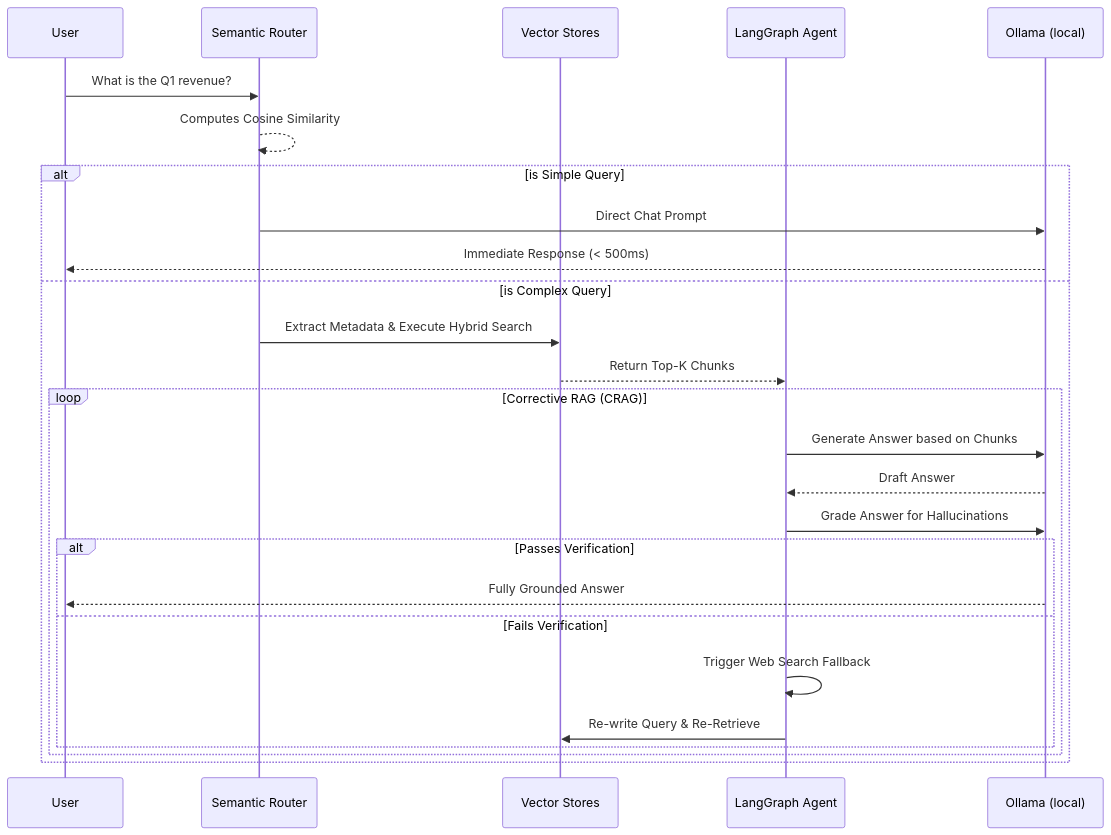
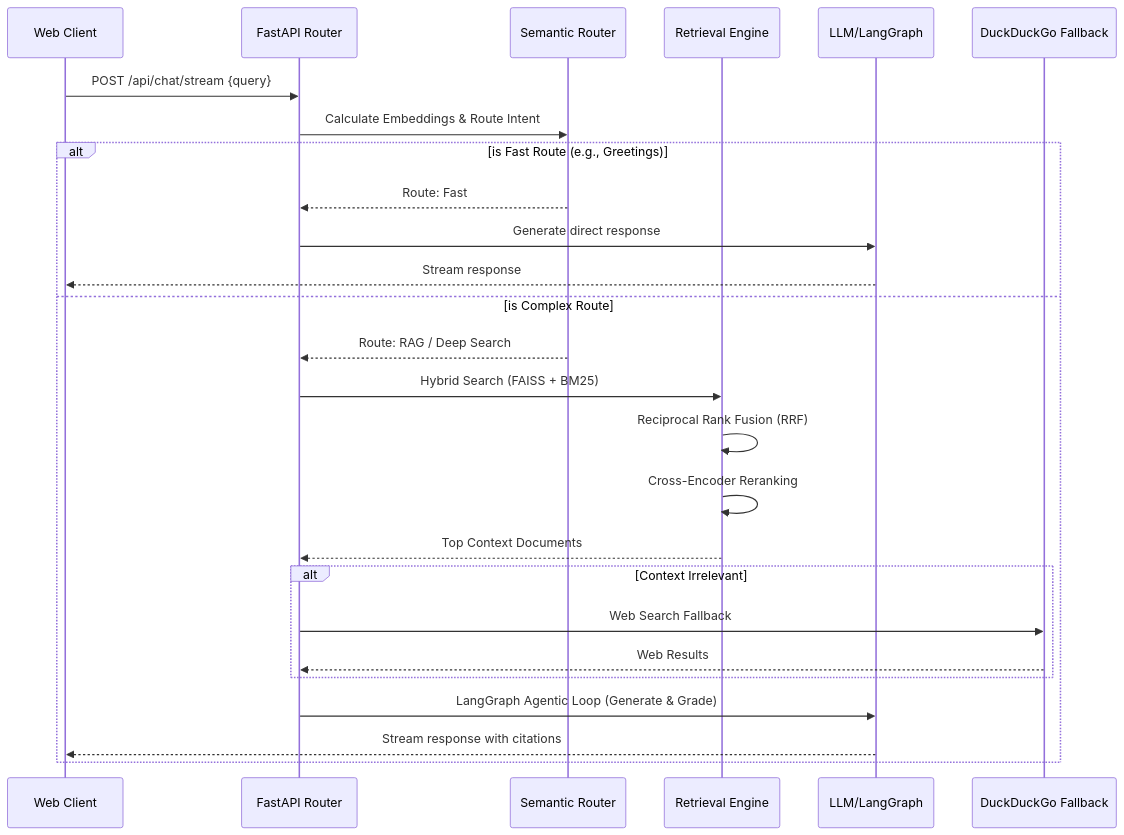
One commit to Sh1vaay/RAG changed the second of 2 diagrams in README.md. Above: the diagram before and after it, drawn with Mermaid. The commit also changed other lines of this file and 2 other files, not shown here.

Commit message:
docs: update architecture documentation and add backend service scaffolding

````diff
--- a/README.md
+++ b/README.md
@@ -128,32 +113,32 @@
 ```mermaid
 sequenceDiagram
-    participant User
-    participant Router as Semantic Router
-    participant DB as Vector Stores
-    participant Agent as LangGraph Agent
-    participant LLM as Ollama (local)
+    participant User as Web Client
+    participant API as FastAPI Router
+    participant SR as Semantic Router
+    participant RAG as Retrieval Engine
+    participant LLM as LLM/LangGraph
+    participant DDG as DuckDuckGo Fallback
+
+    User->>API: POST /api/chat/stream {query}
+    API->>SR: Calculate Embeddings & Route Intent
     
-    User->>Router: What is the Q1 revenue?
-    Router-->>Router: Computes Cosine Similarity
-    
-    alt is Simple Query
-        Router->>LLM: Direct Chat Prompt
-        LLM-->>User: Immediate Response (< 500ms)
-    else is Complex Query
-        Router->>DB: Extract Metadata & Execute Hybrid Search
-        DB-->>Agent: Return Top-K Chunks
+    alt is Fast Route (e.g., Greetings)
+        SR-->>API: Route: Fast
+        API->>LLM: Generate direct response
+        LLM-->>User: Stream response
+    else is Complex Route
+        SR-->>API: Route: RAG / Deep Search
+        API->>RAG: Hybrid Search (FAISS + BM25)
+        RAG->>RAG: Reciprocal Rank Fusion (RRF)
+        RAG->>RAG: Cross-Encoder Reranking
+        RAG-->>API: Top Context Documents
         
-        loop Corrective RAG (CRAG)
-            Agent->>LLM: Generate Answer based on Chunks
-            LLM-->>Agent: Draft Answer
-            Agent->>LLM: Grade Answer for Hallucinations
-            
-            alt Passes Verification
-                LLM-->>User: Fully Grounded Answer
-            else Fails Verification
-                Agent->>Agent: Trigger Web Search Fallback
-                Agent->>DB: Re-write Query & Re-Retrieve
-            end
+        alt Context Irrelevant
+            API->>DDG: Web Search Fallback
+            DDG-->>API: Web Results
         end
+        
+        API->>LLM: LangGraph Agentic Loop (Generate & Grade)
+        LLM-->>User: Stream response with citations
     end
 ```
````
